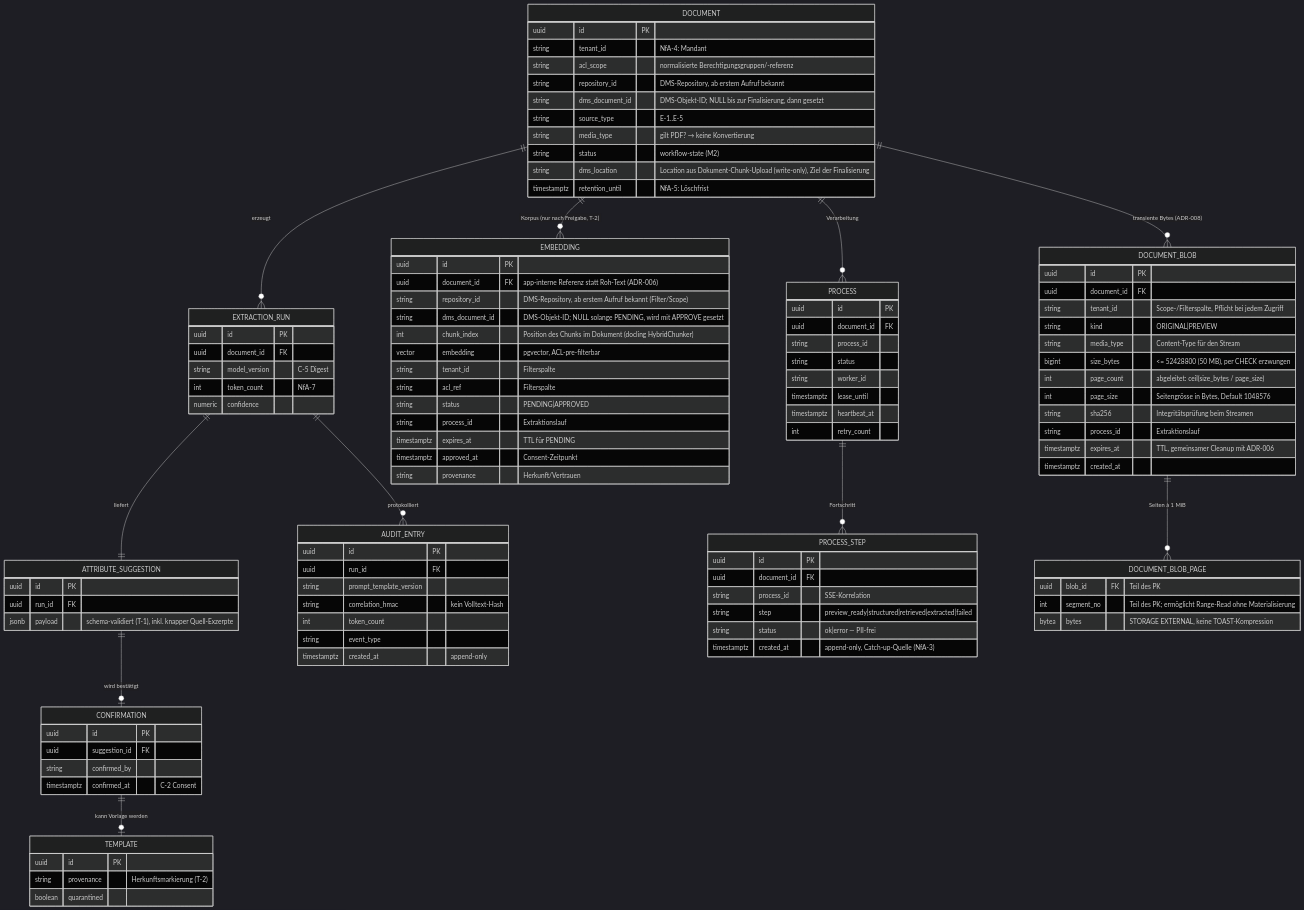
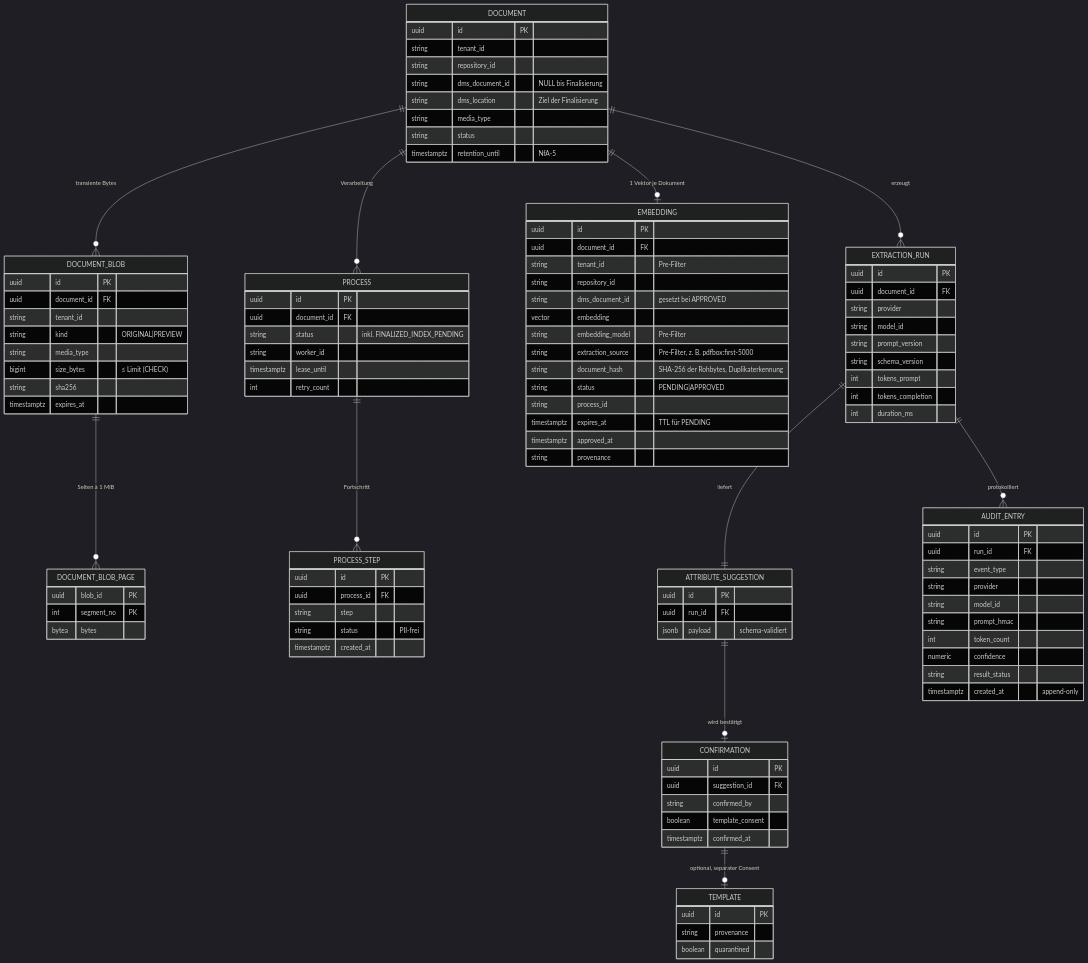
Before and after one commit to segjo/docextract: the sixth of 6 diagrams in doc/ARCHITECTURE.md, drawn with Mermaid (dark theme). The commit also changed other lines of this file and 137 other files, not shown here.

Commit message:
refactor: hexagonal architecture tests to include port validation and update feature module names

````diff
--- a/doc/ARCHITECTURE.md
+++ b/doc/ARCHITECTURE.md
@@ -471,110 +422,110 @@
 ```mermaid
 erDiagram
+    DOCUMENT ||--o{ PROCESS : "Verarbeitung"
+    DOCUMENT ||--o{ DOCUMENT_BLOB : "transiente Bytes"
+    DOCUMENT_BLOB ||--o{ DOCUMENT_BLOB_PAGE : "Seiten à 1 MiB"
+    DOCUMENT ||--o| EMBEDDING : "1 Vektor je Dokument"
+    PROCESS ||--o{ PROCESS_STEP : "Fortschritt"
     DOCUMENT ||--o{ EXTRACTION_RUN : "erzeugt"
     EXTRACTION_RUN ||--|| ATTRIBUTE_SUGGESTION : "liefert"
     ATTRIBUTE_SUGGESTION ||--o| CONFIRMATION : "wird bestätigt"
-    DOCUMENT ||--o{ EMBEDDING : "Korpus (nur nach Freigabe, T-2)"
-    DOCUMENT ||--o{ PROCESS : "Verarbeitung"
-    DOCUMENT ||--o{ DOCUMENT_BLOB : "transiente Bytes (ADR-008)"
-    DOCUMENT_BLOB ||--o{ DOCUMENT_BLOB_PAGE : "Seiten à 1 MiB"
-    PROCESS ||--o{ PROCESS_STEP : "Fortschritt"
+    CONFIRMATION ||--o| TEMPLATE : "optional, separater Consent"
     EXTRACTION_RUN ||--o{ AUDIT_ENTRY : "protokolliert"
-    CONFIRMATION ||--o| TEMPLATE : "kann Vorlage werden"
 
     DOCUMENT {
         uuid id PK
-        string tenant_id "NfA-4: Mandant"
-        string acl_scope "normalisierte Berechtigungsgruppen/-referenz"
-        string repository_id "DMS-Repository, ab erstem Aufruf bekannt"
-        string dms_document_id "DMS-Objekt-ID; NULL bis zur Finalisierung, dann gesetzt"
-        string source_type "E-1..E-5"
-        string media_type "gilt PDF? → keine Konvertierung"
-        string status "workflow-state (M2)"
-        string dms_location "Location aus Dokument-Chunk-Upload (write-only), Ziel der Finalisierung"
-        timestamptz retention_until "NfA-5: Löschfrist"
+        string tenant_id
+        string repository_id
+        string dms_document_id "NULL bis Finalisierung"
+        string dms_location "Ziel der Finalisierung"
+        string media_type
+        string status
+        timestamptz retention_until "NfA-5"
     }
     EMBEDDING {
         uuid id PK
-        uuid document_id FK "app-interne Referenz statt Roh-Text (ADR-006)"
-        string repository_id "DMS-Repository, ab erstem Aufruf bekannt (Filter/Scope)"
-        string dms_document_id "DMS-Objekt-ID; NULL solange PENDING, wird mit APPROVE gesetzt"
-        int chunk_index "Position des Chunks im Dokument (docling HybridChunker)"
-        vector embedding "pgvector, ACL-pre-filterbar"
-        string tenant_id "Filterspalte"
-        string acl_ref "Filterspalte"
+        uuid document_id FK
+        string tenant_id "Pre-Filter"
+        string repository_id
+        string dms_document_id "gesetzt bei APPROVED"
+        vector embedding
+        string embedding_model "Pre-Filter"
+        string extraction_source "Pre-Filter, z. B. pdfbox:first-5000"
+        string document_hash "SHA-256 der Rohbytes, Duplikaterkennung"
         string status "PENDING|APPROVED"
-        string process_id "Extraktionslauf"
+        string process_id
         timestamptz expires_at "TTL für PENDING"
-        timestamptz approved_at "Consent-Zeitpunkt"
-        string provenance "Herkunft/Vertrauen"
+        timestamptz approved_at
+        string provenance
     }
     DOCUMENT_BLOB {
         uuid id PK
         uuid document_id FK
-        string tenant_id "Scope-/Filterspalte, Pflicht bei jedem Zugriff"
+        string tenant_id
         string kind "ORIGINAL|PREVIEW"
-        string media_type "Content-Type für den Stream"
-        bigint size_bytes "<= 52428800 (50 MB), per CHECK erzwungen"
-        int page_count "abgeleitet: ceil(size_bytes / page_size)"
-        int page_size "Seitengrösse in Bytes, Default 1048576"
-        string sha256 "Integritätsprüfung beim Streamen"
-        string process_id "Extraktionslauf"
-        timestamptz expires_at "TTL, gemeinsamer Cleanup mit ADR-006"
-        timestamptz created_at
+        string media_type
+        bigint size_bytes "≤ Limit (CHECK)"
+        string sha256
+        timestamptz expires_at
     }
     DOCUMENT_BLOB_PAGE {
-        uuid blob_id FK "Teil des PK"
-        int segment_no "Teil des PK; ermöglicht Range-Read ohne Materialisierung"
-        bytea bytes "STORAGE EXTERNAL, keine TOAST-Kompression"
+        uuid blob_id PK
+        int segment_no PK
+        bytea bytes
     }
     PROCESS {
         uuid id PK
         uuid document_id FK
-        string process_id
-        string status
+        string status "inkl. FINALIZED_INDEX_PENDING"
         string worker_id
         timestamptz lease_until
-        timestamptz heartbeat_at
         int retry_count
     }
     PROCESS_STEP {
         uuid id PK
-        uuid document_id FK
-        string process_id "SSE-Korrelation"
-        string step "preview_ready|structured|retrieved|extracted|failed"
-        string status "ok|error — PII-frei"
-        timestamptz created_at "append-only, Catch-up-Quelle (NfA-3)"
+        uuid process_id FK
+        string step
+        string status "PII-frei"
+        timestamptz created_at
     }
     EXTRACTION_RUN {
         uuid id PK
         uuid document_id FK
-        string model_version "C-5 Digest"
-        int token_count "NfA-7"
-        numeric confidence
+        string provider
+        string model_id
+        string prompt_version
+        string schema_version
+        int tokens_prompt
+        int tokens_completion
+        int duration_ms
     }
     ATTRIBUTE_SUGGESTION {
         uuid id PK
         uuid run_id FK
-        jsonb payload "schema-validiert (T-1), inkl. knapper Quell-Exzerpte"
+        jsonb payload "schema-validiert"
     }
     CONFIRMATION {
         uuid id PK
         uuid suggestion_id FK
         string confirmed_by
-        timestamptz confirmed_at "C-2 Consent"
+        boolean template_consent
+        timestamptz confirmed_at
     }
     TEMPLATE {
         uuid id PK
-        string provenance "Herkunftsmarkierung (T-2)"
+        string provenance
         boolean quarantined
     }
     AUDIT_ENTRY {
         uuid id PK
         uuid run_id FK
-        string prompt_template_version
-        string correlation_hmac "kein Volltext-Hash"
+        string event_type
+        string provider
+        string model_id
+        string prompt_hmac
         int token_count
-        string event_type
+        numeric confidence
+        string result_status
         timestamptz created_at "append-only"
     }
 ```
````
